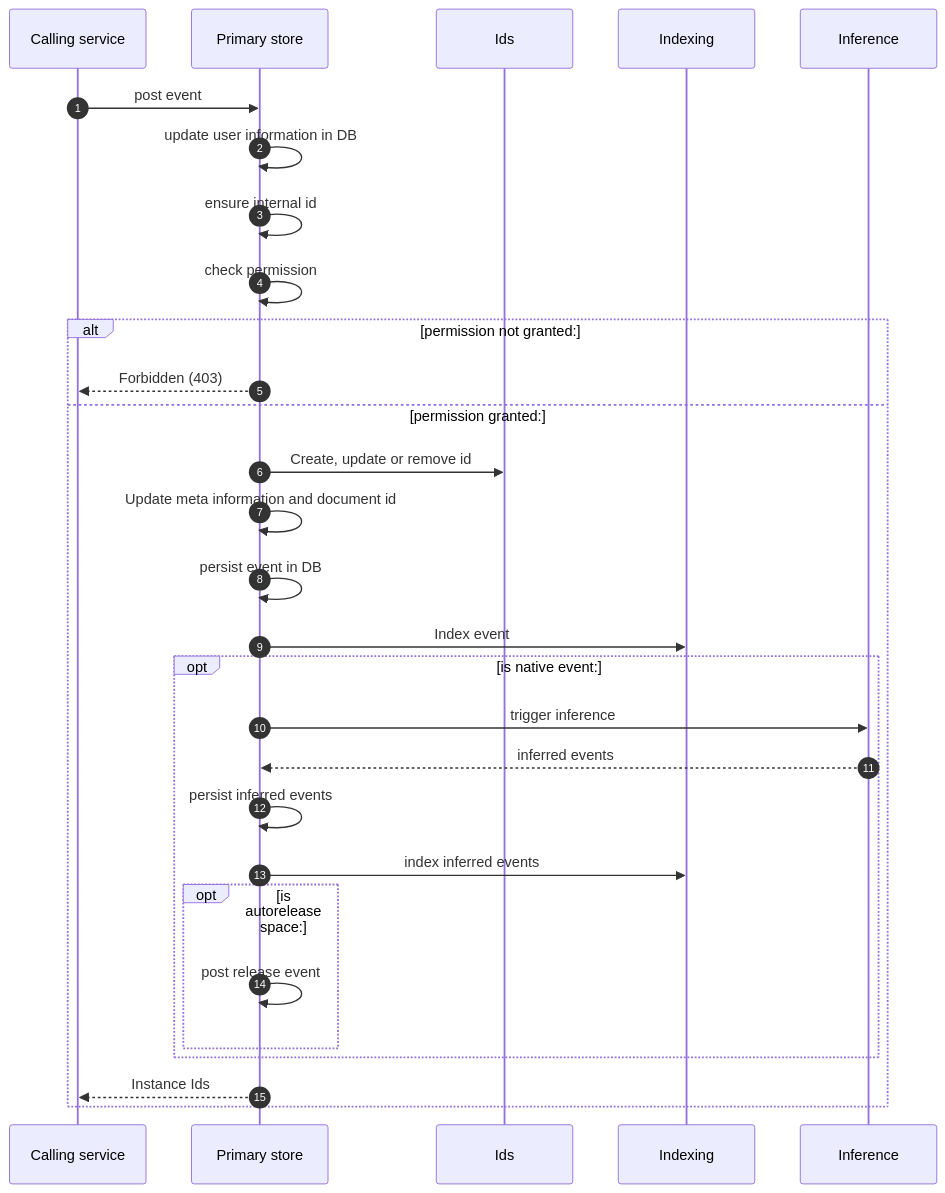
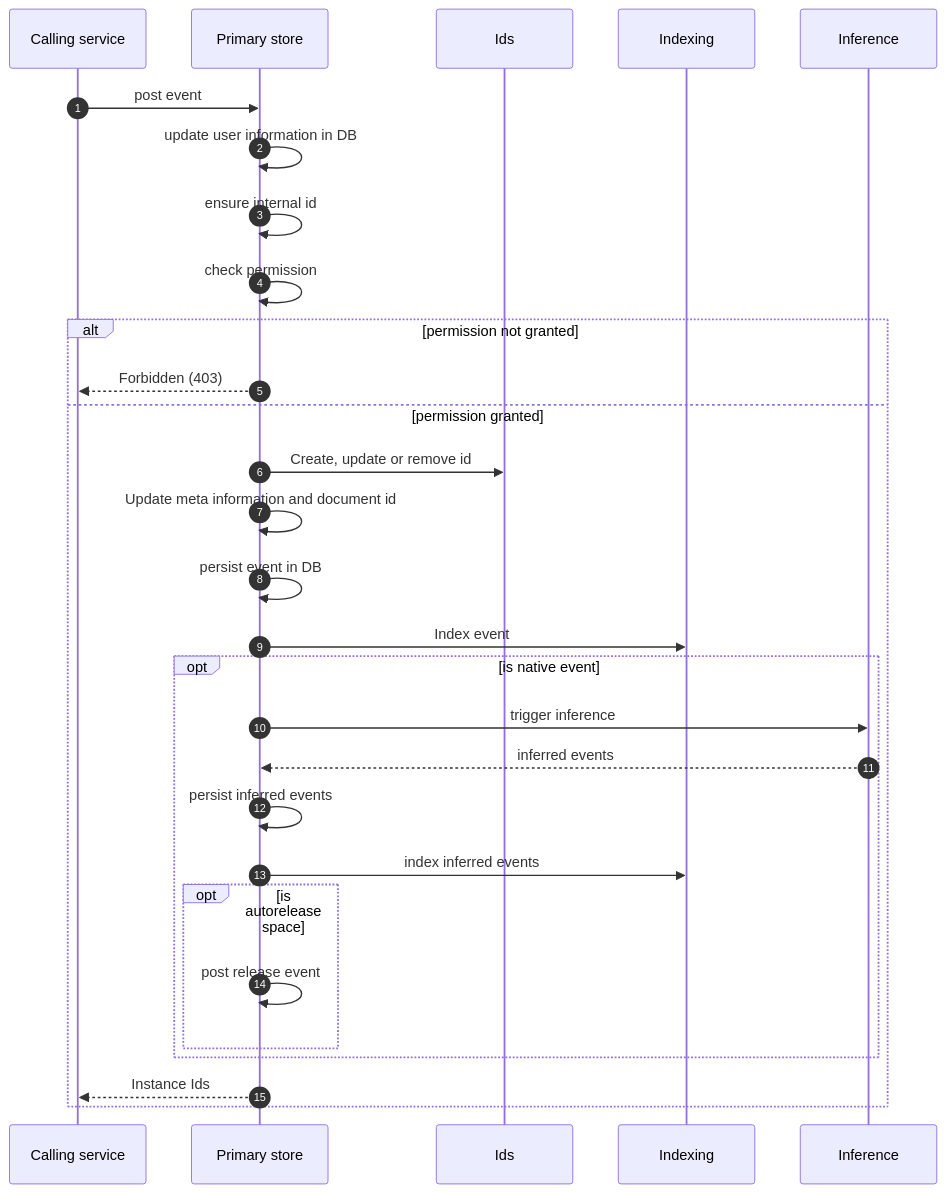
Before and after one commit to HumanBrainProject/kg-core: the diagram in services/kg-primarystore/src/main/java/eu/ebrains/kg/primaryStore/api/primaryStore.md, drawn with Mermaid. The commit also changed 74 other files, not shown here.

````diff
--- a/services/kg-primarystore/src/main/java/eu/ebrains/kg/primaryStore/api/primaryStore.md
+++ b/services/kg-primarystore/src/main/java/eu/ebrains/kg/primaryStore/api/primaryStore.md
@@ -5,26 +5,26 @@
 ```mermaid
 sequenceDiagram   
   autonumber
   Calling service ->> Primary store: post event  
   Primary store ->> Primary store: update user information in DB
   Primary store ->> Primary store: ensure internal id  
   Primary store ->> Primary store: check permission
-  alt permission not granted:
+  alt permission not granted
      Primary store -->> Calling service: Forbidden (403)
-  else permission granted:
+  else permission granted
      Primary store ->> Ids: Create, update or remove id
      Primary store ->> Primary store: Update meta information and document id
      Primary store ->> Primary store: persist event in DB
      Primary store ->> Indexing: Index event
-      opt is native event:
+      opt is native event
          Primary store ->> Inference: trigger inference
          Inference -->> Primary store: inferred events
          Primary store ->> Primary store: persist inferred events
          Primary store ->> Indexing: index inferred events
-         opt is autorelease space:
+         opt is autorelease space
             Primary store ->> Primary store: post release event
          end
       end
       Primary store -->> Calling service: Instance Ids  
   end
 ```
````
